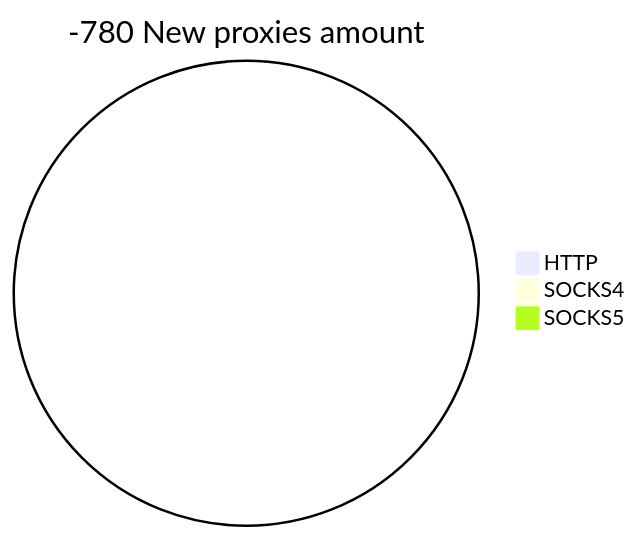
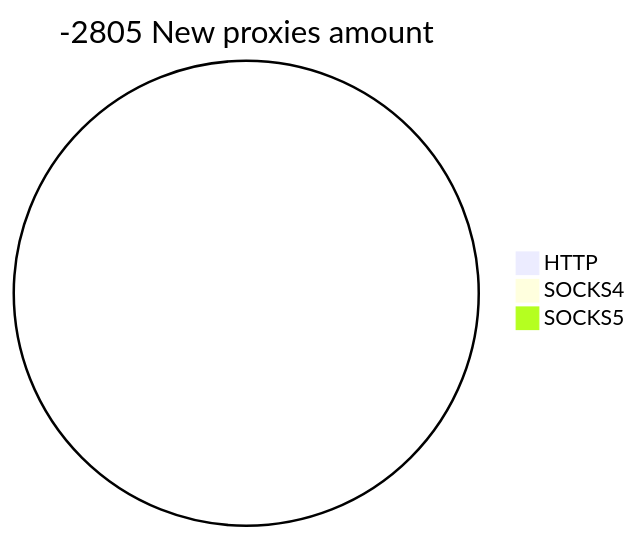
The second of 2 diagrams in README.md (cutipu/proxylist), drawn with Mermaid before and after one commit. The commit also changed other lines of this file, not shown here.

````diff
--- a/README.md
+++ b/README.md
@@ -10,6 +10,6 @@
 ```mermaid
-pie title -780 New proxies amount
+pie title -2805 New proxies amount
     "HTTP" : 0
     "SOCKS4" : 0
     "SOCKS5" : 0
 ```
````
